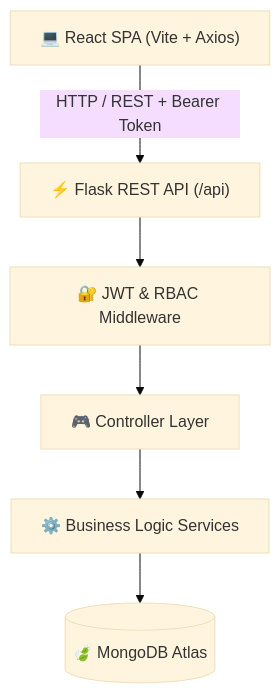
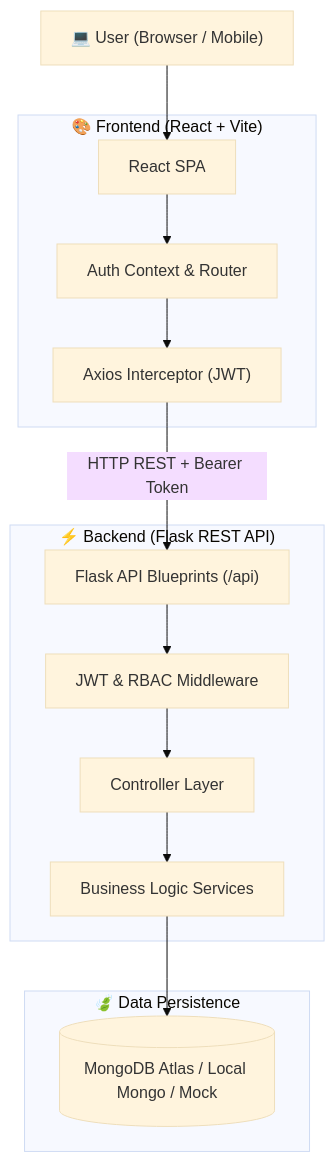
Before and after one commit to iharshkumar/HostelGatepassManagementSystem: the diagram in README.md, drawn with Mermaid (base theme). The commit also changed other lines of this file, not shown here.

````diff
--- a/README.md
+++ b/README.md
@@ -34,15 +21,30 @@
 ```mermaid
 graph TD
-    Client["💻 React SPA (Vite + Axios)"]
-    API["⚡ Flask REST API (/api)"]
-    Auth["🔐 JWT & RBAC Middleware"]
-    Controllers["🎮 Controller Layer"]
-    Services["⚙️ Business Logic Services"]
-    DB[("🍃 MongoDB Atlas")]
-
-    Client -->|HTTP / REST + Bearer Token| API
-    API --> Auth
-    Auth --> Controllers
+    User["💻 User (Browser / Mobile)"]
+    
+    subgraph Frontend ["🎨 Frontend (React + Vite)"]
+        SPA["React SPA"]
+        AuthContext["Auth Context & Router"]
+        AxiosClient["Axios Interceptor (JWT)"]
+    end
+    
+    subgraph Backend ["⚡ Backend (Flask REST API)"]
+        API["Flask API Blueprints (/api)"]
+        AuthMW["JWT & RBAC Middleware"]
+        Controllers["Controller Layer"]
+        Services["Business Logic Services"]
+    end
+    
+    subgraph Database ["🍃 Data Persistence"]
+        MongoDB[("MongoDB Atlas / Local Mongo / Mock")]
+    end
+    
+    User --> SPA
+    SPA --> AuthContext
+    AuthContext --> AxiosClient
+    AxiosClient -->|HTTP REST + Bearer Token| API
+    API --> AuthMW
+    AuthMW --> Controllers
     Controllers --> Services
-    Services --> DB
+    Services --> MongoDB
 ```
````
